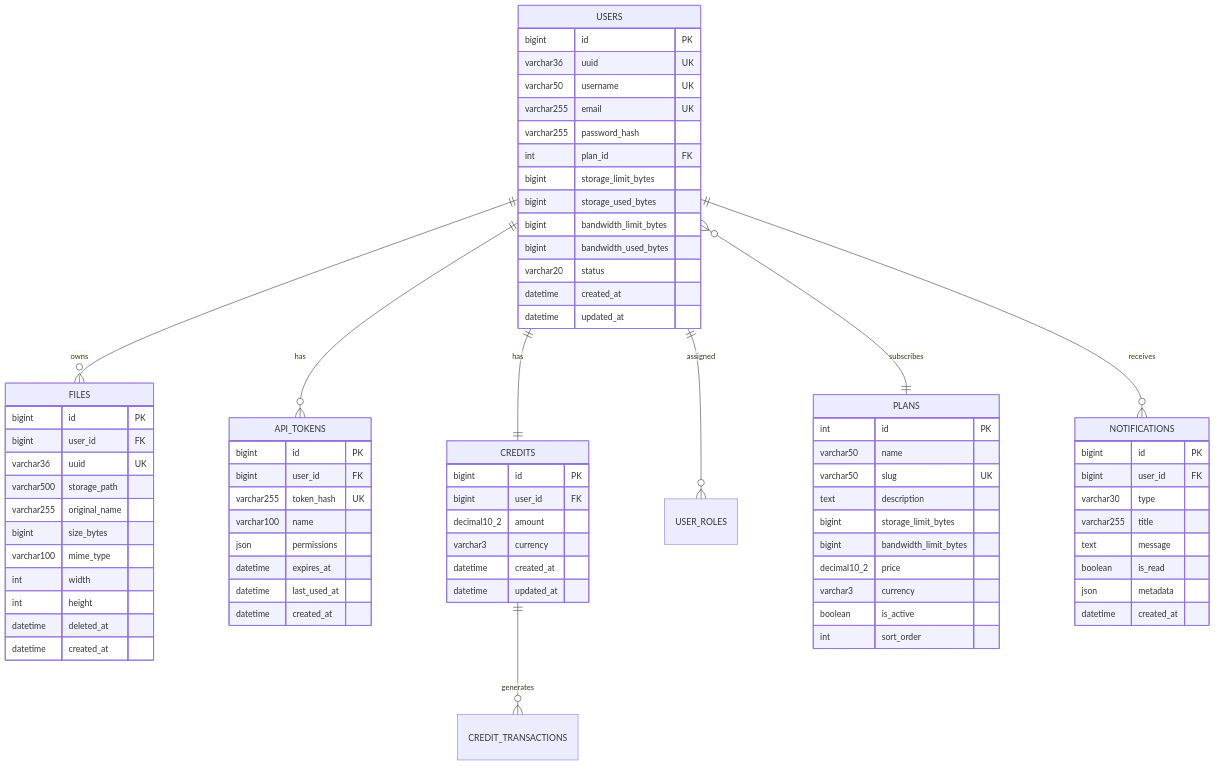
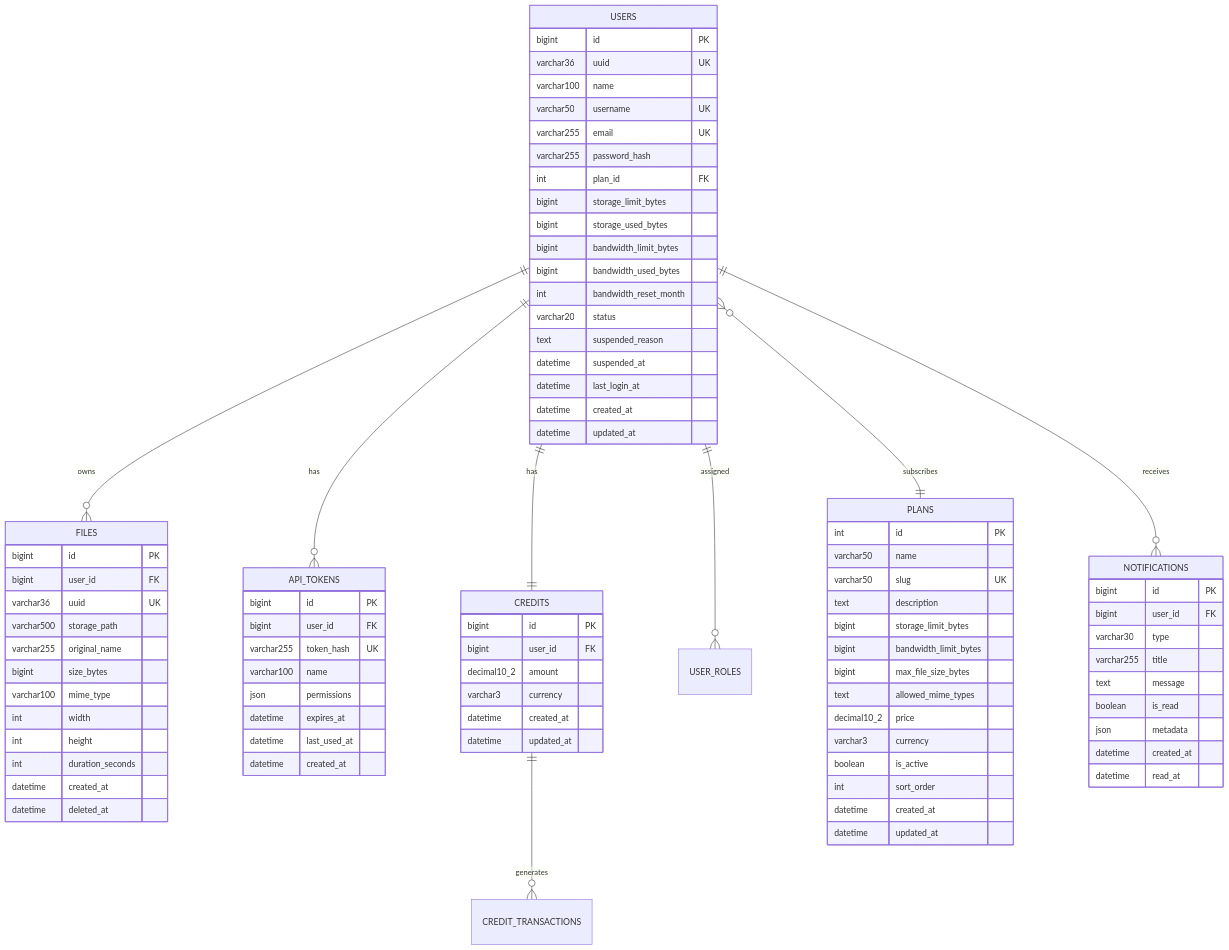
Before and after one commit to lizzyman04/ntsava-app: the fifth of 9 diagrams in docs/ARCHITECTURE.md, drawn with Mermaid. The commit also changed other lines of this file and 10 other files, not shown here.

````diff
--- a/docs/ARCHITECTURE.md
+++ b/docs/ARCHITECTURE.md
@@ -274,6 +274,7 @@
     USERS {
         bigint id PK
         varchar36 uuid UK
+        varchar100 name
         varchar50 username UK
         varchar255 email UK
         varchar255 password_hash
@@ -282,7 +283,11 @@
         bigint storage_used_bytes
         bigint bandwidth_limit_bytes
         bigint bandwidth_used_bytes
+        int bandwidth_reset_month
         varchar20 status
+        text suspended_reason
+        datetime suspended_at
+        datetime last_login_at
         datetime created_at
         datetime updated_at
     }
@@ -297,8 +302,9 @@
         varchar100 mime_type
         int width
         int height
+        int duration_seconds
+        datetime created_at
         datetime deleted_at
-        datetime created_at
     }
 
     API_TOKENS {
@@ -319,10 +325,14 @@
         text description
         bigint storage_limit_bytes
         bigint bandwidth_limit_bytes
+        bigint max_file_size_bytes
+        text allowed_mime_types
         decimal10_2 price
         varchar3 currency
         boolean is_active
         int sort_order
+        datetime created_at
+        datetime updated_at
     }
 
     CREDITS {
@@ -343,5 +353,6 @@
         boolean is_read
         json metadata
         datetime created_at
+        datetime read_at
     }
 ```
````
